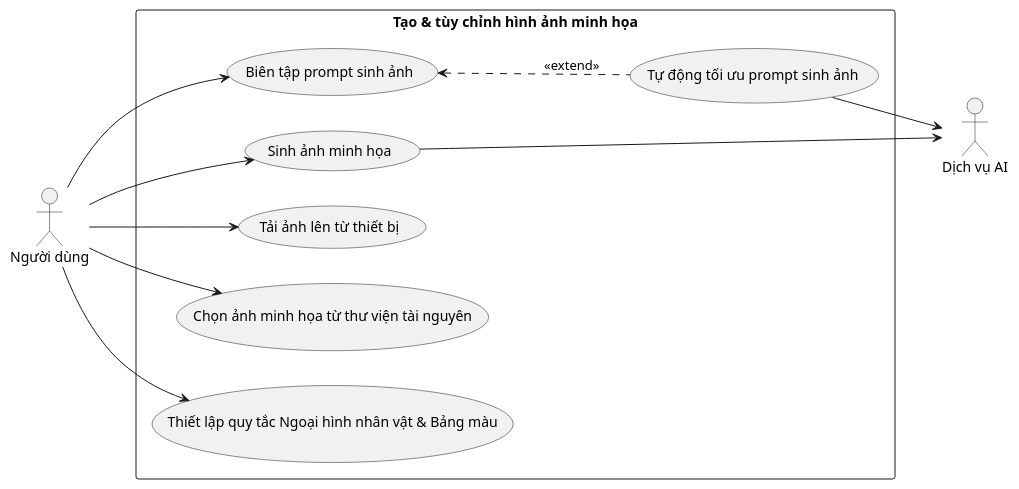
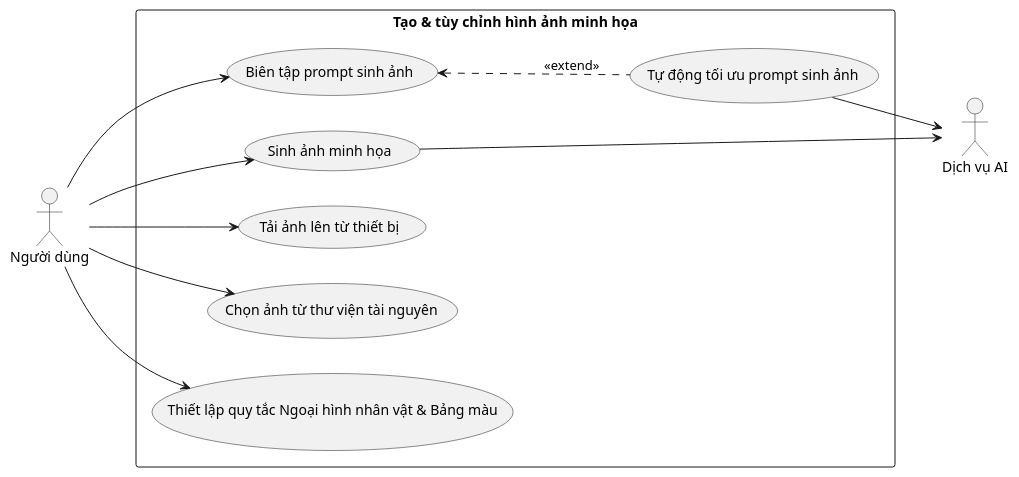
Before and after one commit to 202416852-anhpv/story2video-docs: the diagram in docs/bieu-do-uc/bieu-do-uc-chi-tiet/make/tao-va-chinh-sua-phan-canh/tao-va-tuy-chinh-hinh-anh-minh-hoa.puml, drawn with PlantUML. The commit also changed 1 other file, not shown here.

```diff
--- a/docs/bieu-do-uc/bieu-do-uc-chi-tiet/make/tao-va-chinh-sua-phan-canh/tao-va-tuy-chinh-hinh-anh-minh-hoa.puml
+++ b/docs/bieu-do-uc/bieu-do-uc-chi-tiet/make/tao-va-chinh-sua-phan-canh/tao-va-tuy-chinh-hinh-anh-minh-hoa.puml
@@ -1,27 +1,27 @@
 @startuml tao-va-tuy-chinh-hinh-anh-minh-hoa
 left to right direction
 
 actor "Người dùng" as User
 actor "Dịch vụ AI" as AI_Service
 
 rectangle "Tạo & tùy chỉnh hình ảnh minh họa" {
     usecase "Biên tập prompt sinh ảnh" as UC_01
     usecase "Tự động tối ưu prompt sinh ảnh" as UC_02
     usecase "Sinh ảnh minh họa" as UC_03
     usecase "Tải ảnh lên từ thiết bị" as UC_04
-    usecase "Chọn ảnh minh họa từ thư viện tài nguyên" as UC_05
+    usecase "Chọn ảnh từ thư viện tài nguyên" as UC_05
     usecase "Thiết lập quy tắc Ngoại hình nhân vật & Bảng màu" as UC_06
 }
 
 User --> UC_01
 User --> UC_03
 User --> UC_04
 User --> UC_05
 User --> UC_06
 
 UC_01 <.. UC_02 : <<extend>>
 
 UC_02 --> AI_Service
 UC_03 --> AI_Service
 
 @enduml
```
